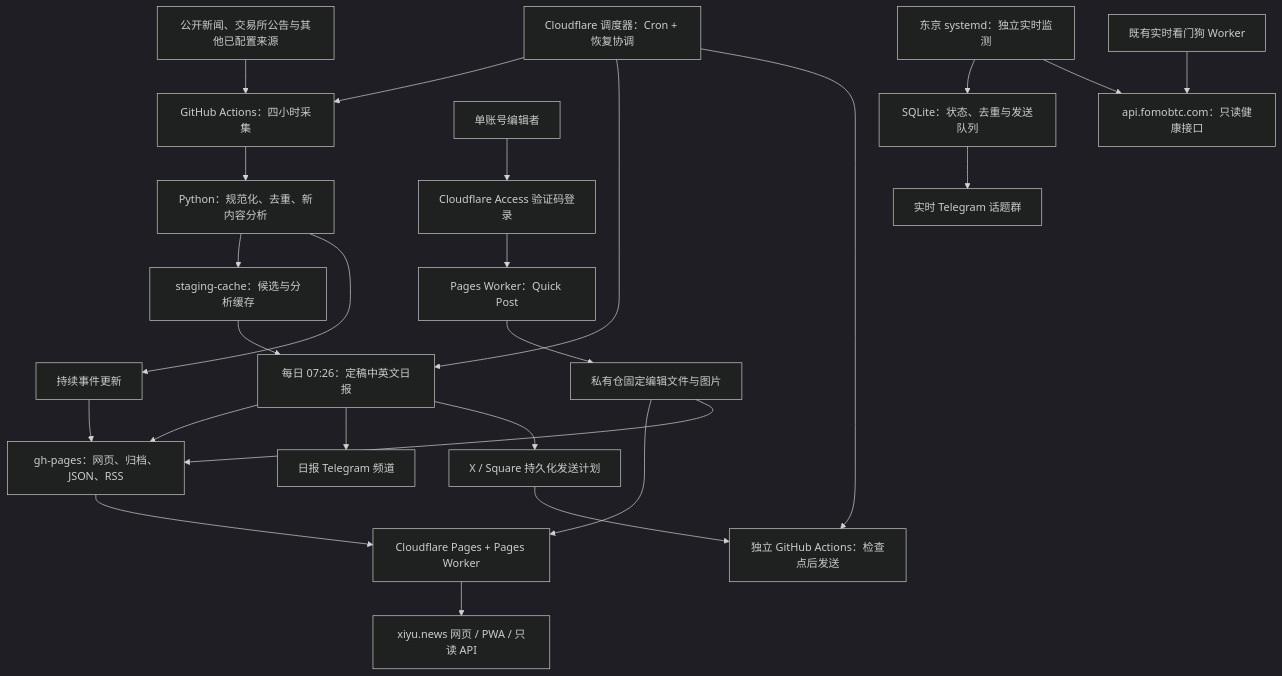
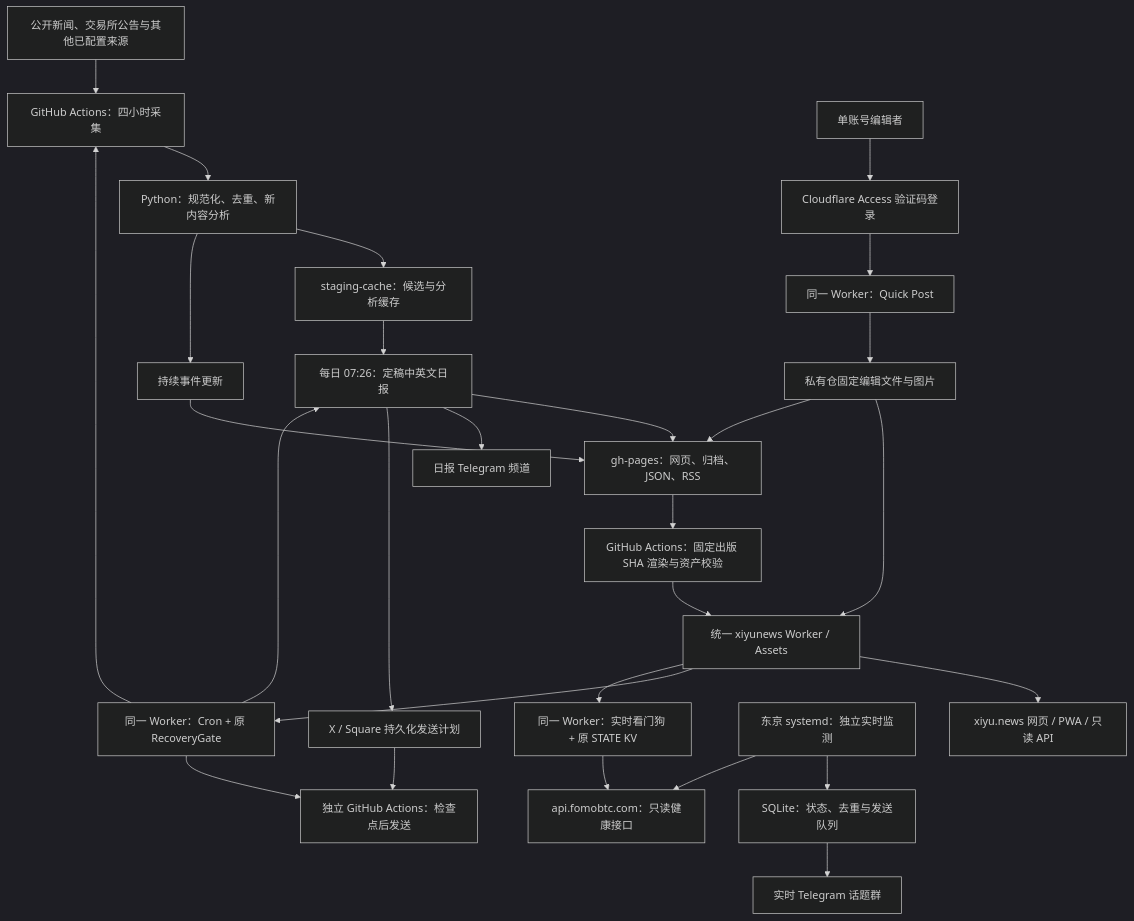
One commit to ohxiyu/xiyunews changed the diagram in project-docs/system-architecture.md. Above: the diagram before and after it, drawn with Mermaid (dark theme). The commit also changed other lines of this file and 9 other files, not shown here.

````diff
--- a/project-docs/system-architecture.md
+++ b/project-docs/system-architecture.md
@@ -9,27 +9,30 @@
 ```mermaid
 flowchart TD
     Sources[公开新闻、交易所公告与其他已配置来源] --> Collection[GitHub Actions：四小时采集]
     Collection --> Analysis[Python：规范化、去重、新内容分析]
     Analysis --> Stage[staging-cache：候选与分析缓存]
     Analysis --> Events[持续事件更新]
     Stage --> Edition[每日 07:26：定稿中英文日报]
     Edition --> Published[gh-pages：网页、归档、JSON、RSS]
     Events --> Published
-    Published --> Pages[Cloudflare Pages + Pages Worker]
-    Pages --> Readers[xiyu.news 网页 / PWA / 只读 API]
+    Published --> Build[GitHub Actions：固定出版 SHA 渲染与资产校验]
+    Build --> Edge[统一 xiyunews Worker / Assets]
+    Edge --> Readers[xiyu.news 网页 / PWA / 只读 API]
     Edition --> DailyTG[日报 Telegram 频道]
     Edition --> Plans[X / Square 持久化发送计划]
     Plans --> Delivery[独立 GitHub Actions：检查点后发送]
-    Clock[Cloudflare 调度器：Cron + 恢复协调] --> Collection
+    Edge --> Clock[同一 Worker：Cron + 原 RecoveryGate]
+    Clock --> Collection
     Clock --> Edition
     Clock --> Delivery
     Owner[单账号编辑者] --> Access[Cloudflare Access 验证码登录]
-    Access --> QuickPost[Pages Worker：Quick Post]
+    Access --> QuickPost[同一 Worker：Quick Post]
     QuickPost --> Editorial[私有仓固定编辑文件与图片]
-    Editorial --> Pages
+    Editorial --> Edge
     Editorial --> Published
     Realtime[东京 systemd：独立实时监测] --> SQLite[SQLite：状态、去重与发送队列]
     SQLite --> TopicTG[实时 Telegram 话题群]
     Realtime --> ReadAPI[api.fomobtc.com：只读健康接口]
-    Watchdog[既有实时看门狗 Worker] --> ReadAPI
+    Edge --> Watchdog[同一 Worker：实时看门狗 + 原 STATE KV]
+    Watchdog --> ReadAPI
 ```
````
